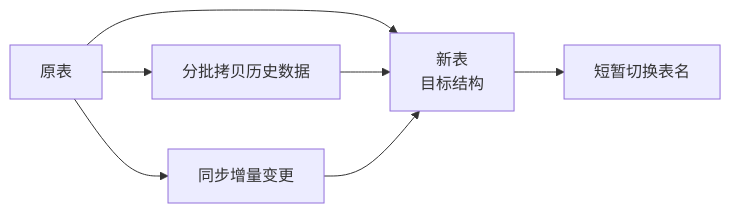
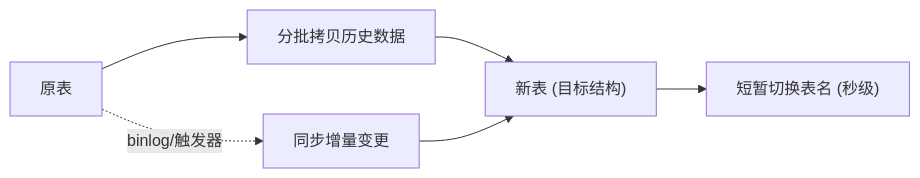
One commit to vaynedu/interview_note changed the third of 3 diagrams in 03-mysql/15-online-ddl-mdl.md. Above: the diagram before and after it, drawn with Mermaid. The commit also changed other lines of this file, not shown here.

````diff
--- a/03-mysql/15-online-ddl-mdl.md
+++ b/03-mysql/15-online-ddl-mdl.md
@@ -90,9 +239,8 @@
 ```mermaid
 flowchart LR
-    Old["原表"] --> New["新表<br/>目标结构"]
-    Old --> Copy["分批拷贝历史数据"]
-    Old --> Inc["同步增量变更"]
-    Copy --> New
+    Old["原表"] --> Copy["分批拷贝历史数据"]
+    Old -.binlog/触发器.-> Inc["同步增量变更"]
+    Copy --> New["新表 (目标结构)"]
     Inc --> New
-    New --> Cut["短暂切换表名"]
+    New --> Cut["短暂切换表名 (秒级)"]
 ```
````
